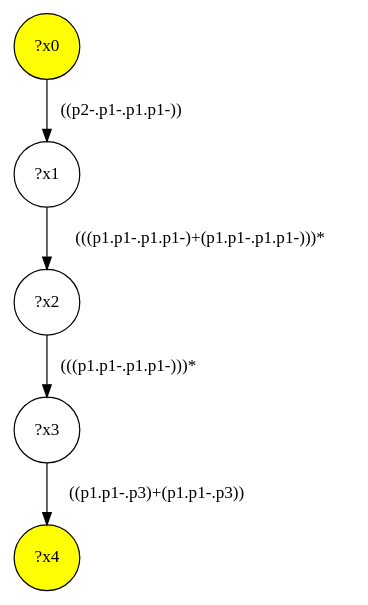
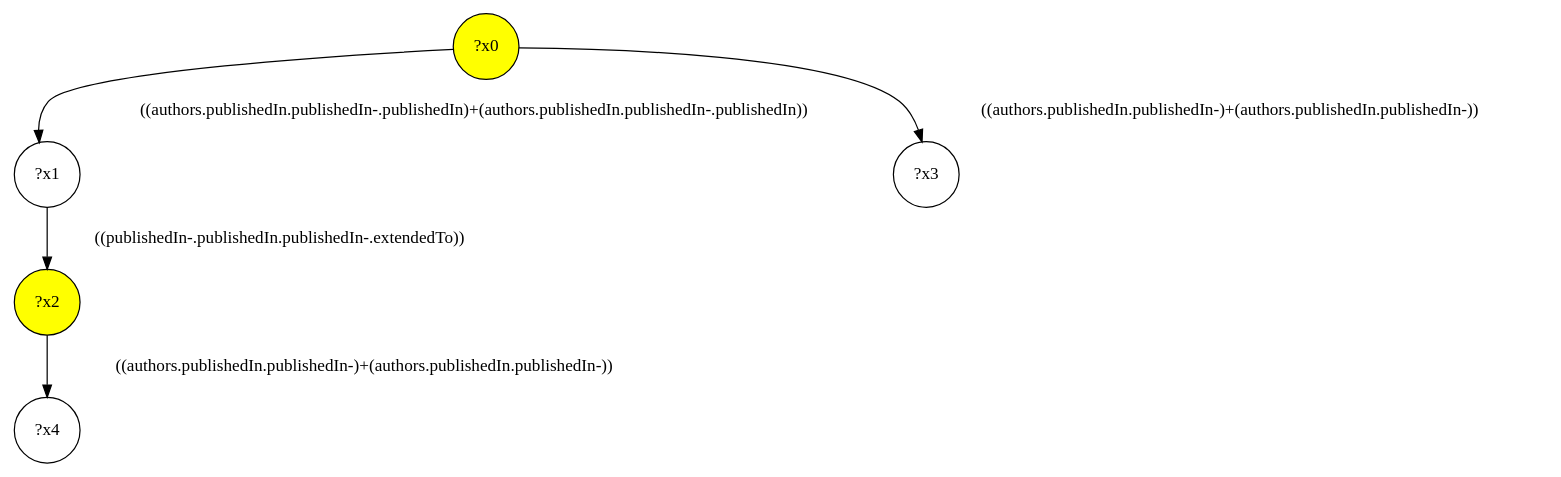
One commit to gbagan/gmark changed the diagram in src/queryinterface/interface-queries/query-16.dot. Above: the diagram before and after it, drawn with Graphviz. The commit also changed 150 other files, not shown here.

```diff
--- a/src/queryinterface/interface-queries/query-16.dot
+++ b/src/queryinterface/interface-queries/query-16.dot
@@ -1,11 +1,11 @@
 digraph g {
 	x0 [fillcolor="yellow", style="filled," shape=circle, label="?x0"];
-	x4 [fillcolor="yellow", style="filled," shape=circle, label="?x4"];
+	x2 [fillcolor="yellow", style="filled," shape=circle, label="?x2"];
 	x1 [shape=circle, label="?x1"];
-	x0 -> x1 [label="((p2-.p1-.p1.p1-))"];
-	x2 [shape=circle, label="?x2"];
-	x1 -> x2 [label="(((p1.p1-.p1.p1-)+(p1.p1-.p1.p1-)))*"];
+	x0 -> x1 [label="((authors.publishedIn.publishedIn-.publishedIn)+(authors.publishedIn.publishedIn-.publishedIn))"];
+	x1 -> x2 [label="((publishedIn-.publishedIn.publishedIn-.extendedTo))"];
 	x3 [shape=circle, label="?x3"];
-	x2 -> x3 [label="(((p1.p1-.p1.p1-)))*"];
-	x3 -> x4 [label="((p1.p1-.p3)+(p1.p1-.p3))"];
+	x0 -> x3 [label="((authors.publishedIn.publishedIn-)+(authors.publishedIn.publishedIn-))"];
+	x4 [shape=circle, label="?x4"];
+	x2 -> x4 [label="((authors.publishedIn.publishedIn-)+(authors.publishedIn.publishedIn-))"];
 }
```
